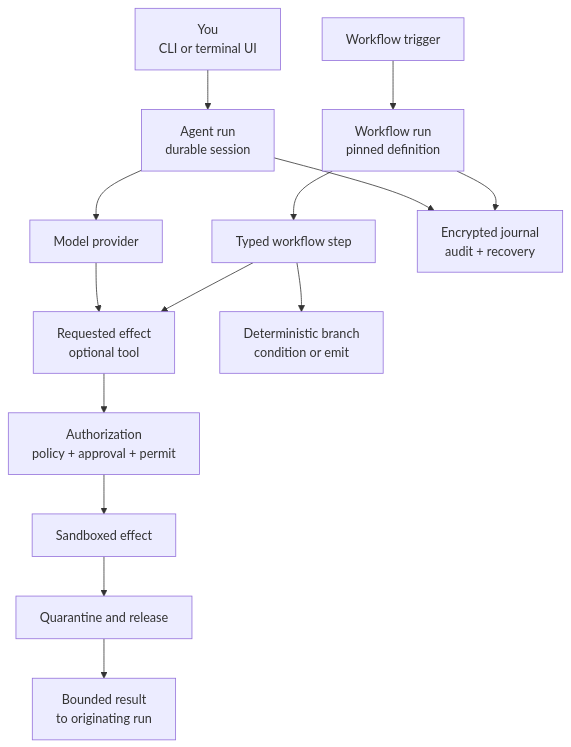
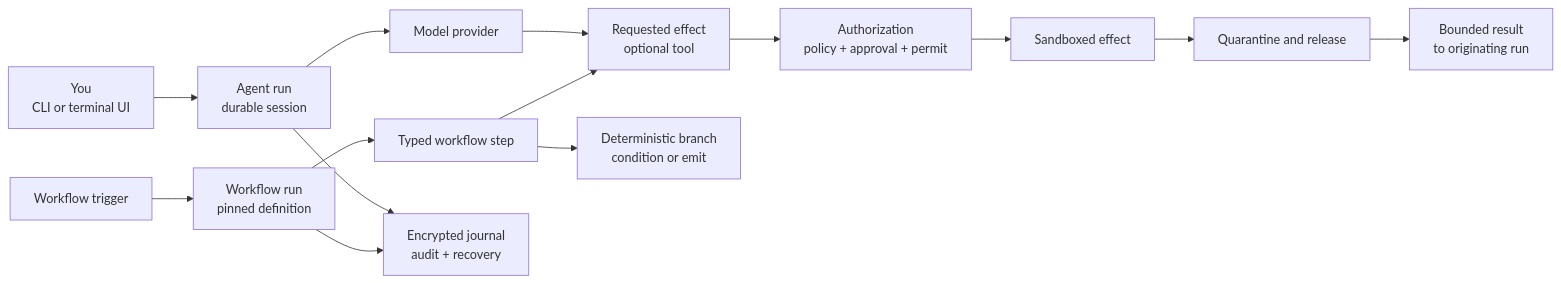
One commit to obscuritylabs/Colossus changed the diagram in docs/index.md. Above: the diagram before and after it, drawn with Mermaid. The commit also changed other lines of this file and 2 other files, not shown here.

````diff
--- a/docs/index.md
+++ b/docs/index.md
@@ -58,16 +138,16 @@
 ```mermaid
-flowchart TD
+flowchart LR
     U["You<br/>CLI or terminal UI"] --> A["Agent run<br/>durable session"]
     W["Workflow trigger"] --> F["Workflow run<br/>pinned definition"]
     A --> M["Model provider"]
     M --> T["Requested effect<br/>optional tool"]
     F --> S["Typed workflow step"]
     S --> D["Deterministic branch<br/>condition or emit"]
     S --> T
     T --> G["Authorization<br/>policy + approval + permit"]
     G --> E["Sandboxed effect"]
     E --> Q["Quarantine and release"]
     Q --> O["Bounded result<br/>to originating run"]
     A --> J["Encrypted journal<br/>audit + recovery"]
     F --> J
 ```
````
